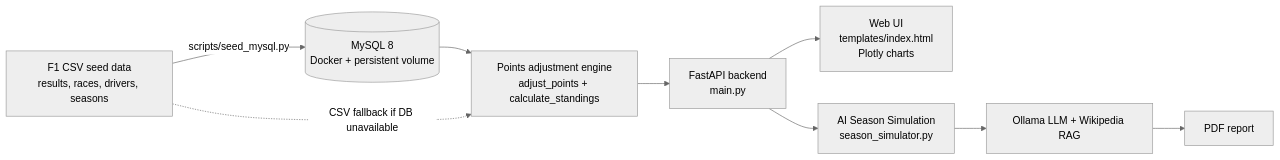
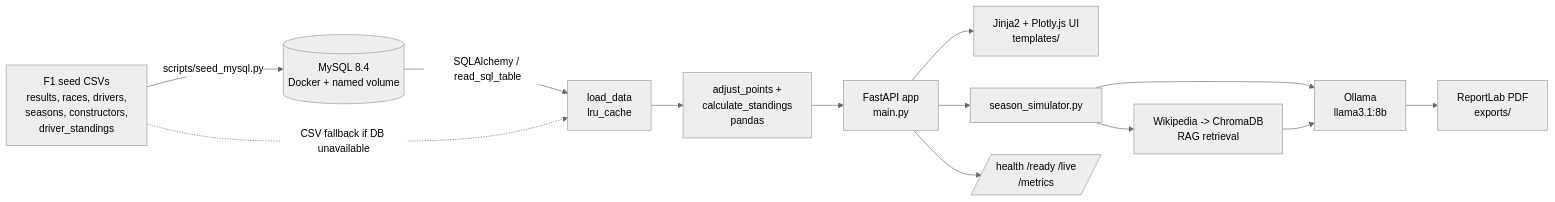
The diagram in README.md (thompgt/F1_points_application), drawn with Mermaid (neutral theme) before and after one commit. The commit also changed other lines of this file, not shown here.

````diff
--- a/README.md
+++ b/README.md
@@ -46,11 +112,16 @@
 ```mermaid
 flowchart LR
-    A[F1 CSV seed data<br/>results, races, drivers, seasons] -- scripts/seed_mysql.py --> B[(MySQL 8<br/>Docker + persistent volume)]
-    B --> C[Points adjustment engine<br/>adjust_points + calculate_standings]
-    A -.CSV fallback if DB unavailable.-> C
-    C --> D[FastAPI backend<br/>main.py]
-    D --> E[Web UI<br/>templates/index.html<br/>Plotly charts]
-    D --> F[AI Season Simulation<br/>season_simulator.py]
-    F --> G[Ollama LLM + Wikipedia RAG]
-    G --> H[PDF report]
+    A[F1 seed CSVs<br/>results, races, drivers,<br/>seasons, constructors,<br/>driver_standings]
+    A -- scripts/seed_mysql.py --> B[(MySQL 8.4<br/>Docker + named volume)]
+    B -- SQLAlchemy / read_sql_table --> C[load_data<br/>lru_cache]
+    A -. CSV fallback if DB unavailable .-> C
+    C --> D[adjust_points +<br/>calculate_standings<br/>pandas]
+    D --> E[FastAPI app<br/>main.py]
+    E --> F[Jinja2 + Plotly.js UI<br/>templates/]
+    E --> G[season_simulator.py]
+    G --> H[Wikipedia -> ChromaDB<br/>RAG retrieval]
+    G --> I[Ollama<br/>llama3.1:8b]
+    H --> I
+    I --> J[ReportLab PDF<br/>exports/]
+    E --> K[/health /ready /live<br/>/metrics/]
 ```
````
